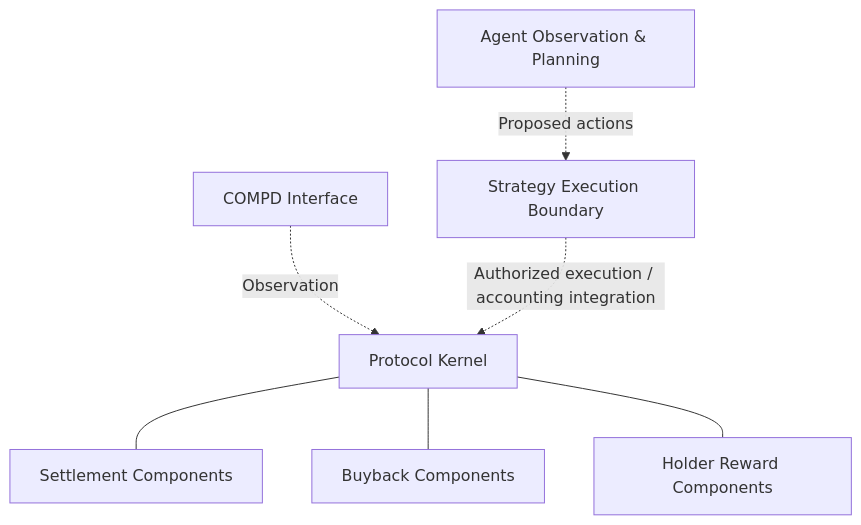
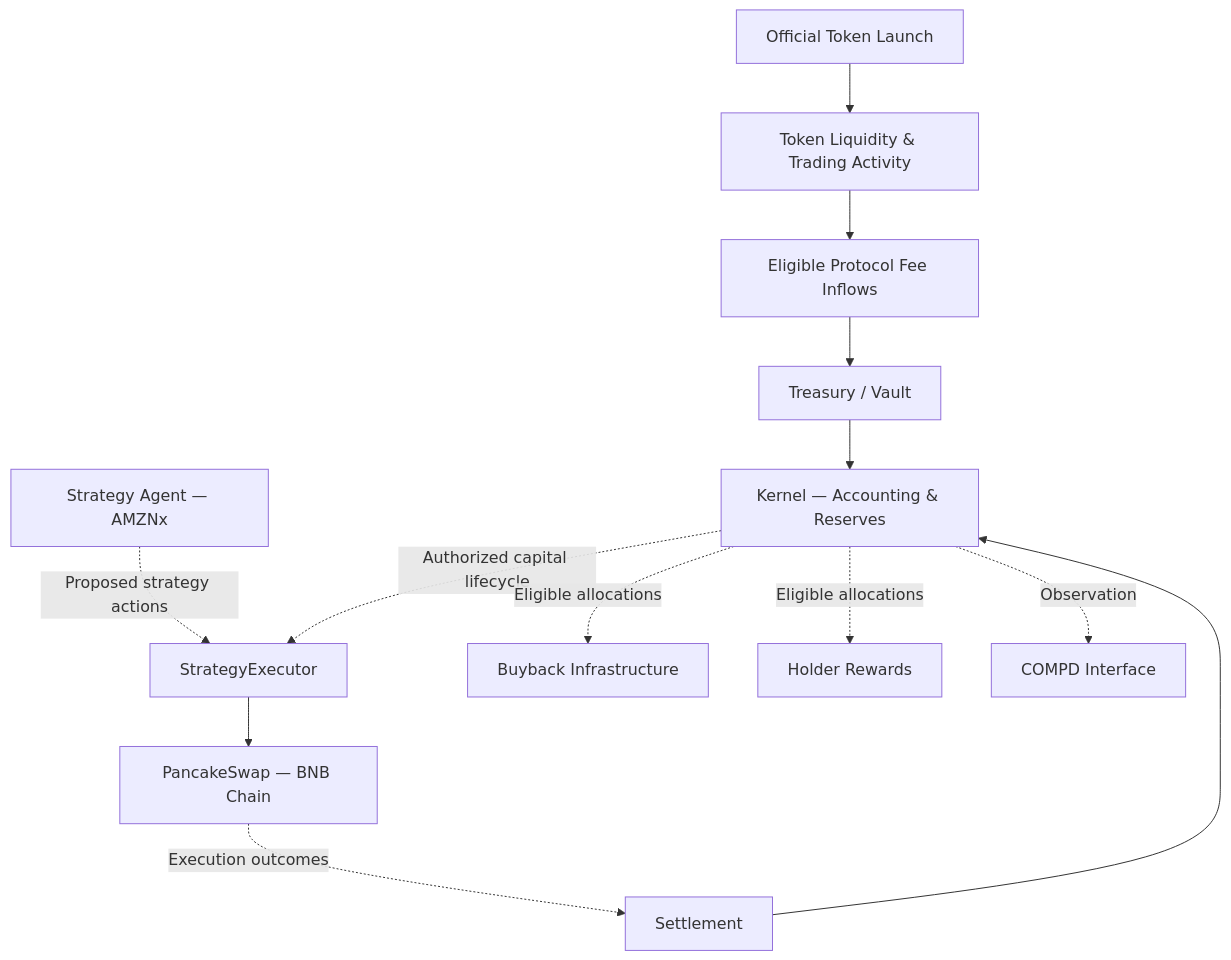
One commit to CompdProtocol/CompdProtocol changed the first of 2 diagrams in README.md. Above: the diagram before and after it, drawn with Mermaid. The commit also changed other lines of this file, not shown here.

````diff
--- a/README.md
+++ b/README.md
@@ -45,17 +70,28 @@
 ```mermaid
-flowchart TB
-    UI["COMPD Interface"]
-    AG["Agent Observation & Planning"]
-    EX["Strategy Execution Boundary"]
-    K["Protocol Kernel"]
-    ST["Settlement Components"]
-    BB["Buyback Components"]
-    HR["Holder Reward Components"]
+flowchart TD
+    A["Official Token Launch"]
+    B["Token Liquidity & Trading Activity"]
+    C["Eligible Protocol Fee Inflows"]
+    D["Treasury / Vault"]
+    E["Kernel — Accounting & Reserves"]
+    F["Strategy Agent — AMZNx"]
+    G["StrategyExecutor"]
+    H["PancakeSwap — BNB Chain"]
+    I["Settlement"]
+    J["Buyback Infrastructure"]
+    K["Holder Rewards"]
+    L["COMPD Interface"]
 
-    UI -.->|"Observation"| K
-    AG -.->|"Proposed actions"| EX
-    EX -.->|"Authorized execution / accounting integration"| K
-    K --- ST
-    K --- BB
-    K --- HR
+    A --> B
+    B --> C
+    C --> D
+    D --> E
+    F -.->|"Proposed strategy actions"| G
+    E -.->|"Authorized capital lifecycle"| G
+    G --> H
+    H -.->|"Execution outcomes"| I
+    I --> E
+    E -.->|"Eligible allocations"| J
+    E -.->|"Eligible allocations"| K
+    E -.->|"Observation"| L
 ```
````
